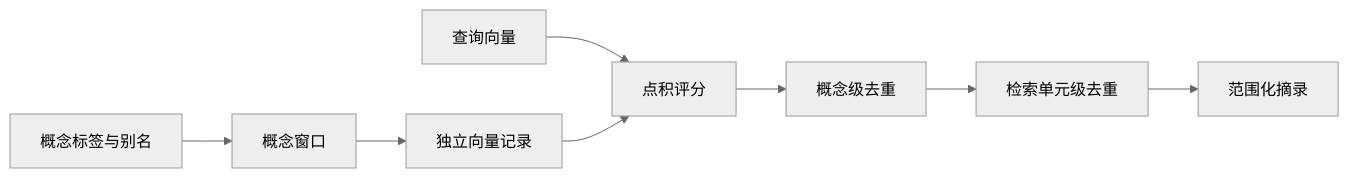
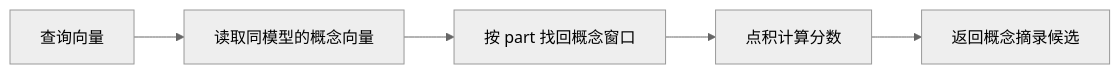
The diagram in .repo-review/knowledge/articles/0e0500c086e739070b0e7dde50e8684ec45cc7ce33f49e217939949a88504131.md (lejunyang/omem), drawn with Mermaid (neutral theme) before and after one commit. The commit also changed other lines of this file and 9 other files, not shown here.

````diff
--- a/.repo-review/knowledge/articles/0e0500c086e739070b0e7dde50e8684ec45cc7ce33f49e217939949a88504131.md
+++ b/.repo-review/knowledge/articles/0e0500c086e739070b0e7dde50e8684ec45cc7ce33f49e217939949a88504131.md
@@ -19,10 +19,7 @@
 ```mermaid
 flowchart LR
-  A[概念标签与别名] --> B[概念窗口]
-  B --> C[独立向量记录]
-  D[查询向量] --> E[点积评分]
-  C --> E
-  E --> F[概念级去重]
-  F --> G[检索单元级去重]
-  G --> H[范围化摘录]
+  A[查询向量] --> B[读取同模型的概念向量]
+  B --> C[按 part 找回概念窗口]
+  C --> D[点积计算分数]
+  D --> E[返回概念摘录候选]
 ```
````
